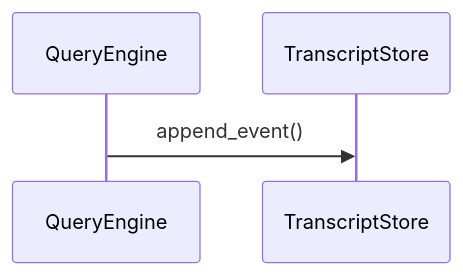
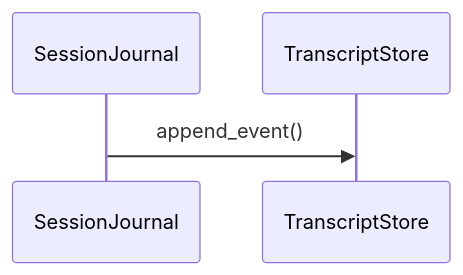
The second of 3 diagrams in docs/references/diagrams-conventions.md (czh869452912/ccode-win7), drawn with Mermaid before and after one commit. The commit also changed 42 other files, not shown here.

Commit message:
docs: converge current architecture authorities

````diff
--- a/docs/references/diagrams-conventions.md
+++ b/docs/references/diagrams-conventions.md
@@ -48,6 +48,6 @@
 ```mermaid
 sequenceDiagram
-    participant QE as QueryEngine
+    participant SJ as SessionJournal
     participant TS as TranscriptStore
-    QE->>TS: append_event()
+    SJ->>TS: append_event()
 ```
````
